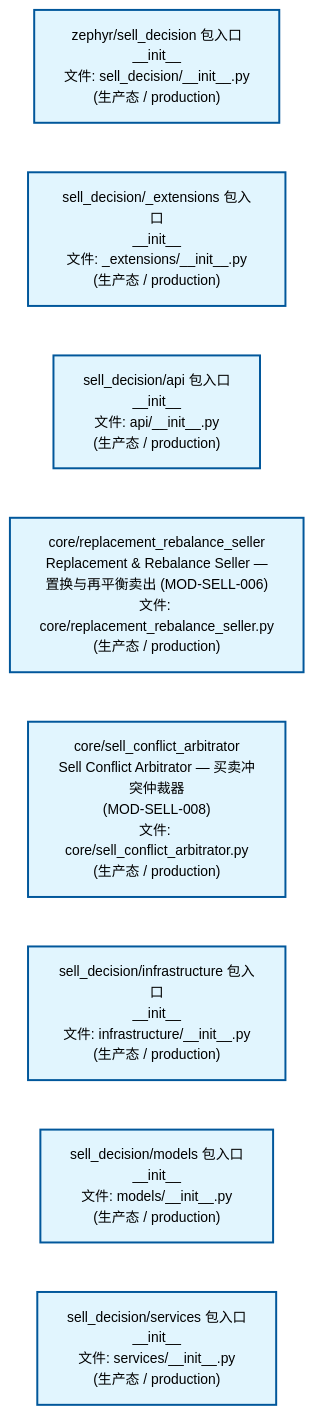
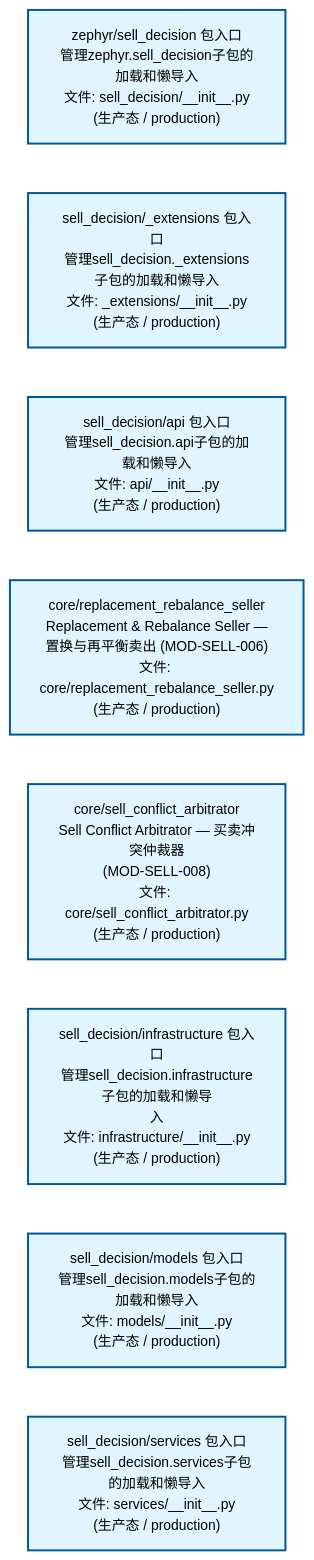
The second of 4 diagrams in docs/02_enterprise_architecture/02_domain_architecture_docs/67_d_sell_decision.md (xuanFelixVan/ZephyrAlpha), drawn with Mermaid before and after one commit. The commit also changed other lines of this file and 62 other files, not shown here.

````diff
--- a/docs/02_enterprise_architecture/02_domain_architecture_docs/67_d_sell_decision.md
+++ b/docs/02_enterprise_architecture/02_domain_architecture_docs/67_d_sell_decision.md
@@ -134,24 +134,24 @@
 ```mermaid
 %%{init: {'theme': 'base', 'themeVariables': {'primaryColor': '#eaeaea', 'primaryTextColor': '#333333', 'primaryBorderColor': '#666666', 'lineColor': '#666666', 'secondaryColor': '#eaeaea', 'tertiaryColor': '#eaeaea', 'fontSize': '14px'}}}%%
 flowchart TD
-    src_zephyr_sell_decision_init_py["zephyr/sell_decision 包入口<br/>__init__<br/>文件: sell_decision/__init__.py<br/>(生产态 / production)"]
-    src_zephyr_sell_decision_extensions_init_py["sell_decision/_extensions 包入口<br/>__init__<br/>文件: _extensions/__init__.py<br/>(生产态 / production)"]
-    src_zephyr_sell_decision_api_init_py["sell_decision/api 包入口<br/>__init__<br/>文件: api/__init__.py<br/>(生产态 / production)"]
+    src_zephyr_sell_decision_init_py["zephyr/sell_decision 包入口<br/>管理zephyr.sell_decision子包的加载和懒导入<br/>文件: sell_decision/__init__.py<br/>(生产态 / production)"]
+    src_zephyr_sell_decision_extensions_init_py["sell_decision/_extensions 包入口<br/>管理sell_decision._extensions子包的加载和懒导入<br/>文件: _extensions/__init__.py<br/>(生产态 / production)"]
+    src_zephyr_sell_decision_api_init_py["sell_decision/api 包入口<br/>管理sell_decision.api子包的加载和懒导入<br/>文件: api/__init__.py<br/>(生产态 / production)"]
     src_zephyr_sell_decision_core_replacement_rebalance_seller_py["core/replacement_rebalance_seller<br/>Replacement & Rebalance Seller —<br/>置换与再平衡卖出 (MOD-SELL-006)<br/>文件: core/replacement_rebalance_seller.py<br/>(生产态 / production)"]
     src_zephyr_sell_decision_core_sell_conflict_arbitrator_py["core/sell_conflict_arbitrator<br/>Sell Conflict Arbitrator — 买卖冲突仲裁器<br/>(MOD-SELL-008)<br/>文件: core/sell_conflict_arbitrator.py<br/>(生产态 / production)"]
-    src_zephyr_sell_decision_infrastructure_init_py["sell_decision/infrastructure 包入口<br/>__init__<br/>文件: infrastructure/__init__.py<br/>(生产态 / production)"]
-    src_zephyr_sell_decision_models_init_py["sell_decision/models 包入口<br/>__init__<br/>文件: models/__init__.py<br/>(生产态 / production)"]
-    src_zephyr_sell_decision_services_init_py["sell_decision/services 包入口<br/>__init__<br/>文件: services/__init__.py<br/>(生产态 / production)"]
+    src_zephyr_sell_decision_infrastructure_init_py["sell_decision/infrastructure 包入口<br/>管理sell_decision.infrastructure子包的加载和懒导<br/>入<br/>文件: infrastructure/__init__.py<br/>(生产态 / production)"]
+    src_zephyr_sell_decision_models_init_py["sell_decision/models 包入口<br/>管理sell_decision.models子包的加载和懒导入<br/>文件: models/__init__.py<br/>(生产态 / production)"]
+    src_zephyr_sell_decision_services_init_py["sell_decision/services 包入口<br/>管理sell_decision.services子包的加载和懒导入<br/>文件: services/__init__.py<br/>(生产态 / production)"]
     src_zephyr_sell_decision_init_py ~~~ src_zephyr_sell_decision_extensions_init_py
     src_zephyr_sell_decision_extensions_init_py ~~~ src_zephyr_sell_decision_api_init_py
     src_zephyr_sell_decision_api_init_py ~~~ src_zephyr_sell_decision_core_replacement_rebalance_seller_py
     src_zephyr_sell_decision_core_replacement_rebalance_seller_py ~~~ src_zephyr_sell_decision_core_sell_conflict_arbitrator_py
     src_zephyr_sell_decision_core_sell_conflict_arbitrator_py ~~~ src_zephyr_sell_decision_infrastructure_init_py
     src_zephyr_sell_decision_infrastructure_init_py ~~~ src_zephyr_sell_decision_models_init_py
     src_zephyr_sell_decision_models_init_py ~~~ src_zephyr_sell_decision_services_init_py
     classDef production fill:#e1f5fe,stroke:#01579b,stroke-width:2px,color:#000
     classDef design fill:#fff3e0,stroke:#e65100,stroke-width:2px,color:#000,stroke-dasharray: 5 5
     classDef external_prod fill:#e8f4fd,stroke:#0277bd,stroke-width:1px,color:#000
     classDef external_design fill:#fff8e7,stroke:#ef6c00,stroke-width:1px,color:#000,stroke-dasharray: 5 5
     class src_zephyr_sell_decision_init_py,src_zephyr_sell_decision_extensions_init_py,src_zephyr_sell_decision_api_init_py,src_zephyr_sell_decision_core_replacement_rebalance_seller_py,src_zephyr_sell_decision_core_sell_conflict_arbitrator_py,src_zephyr_sell_decision_infrastructure_init_py,src_zephyr_sell_decision_models_init_py,src_zephyr_sell_decision_services_init_py production
 ```
````
